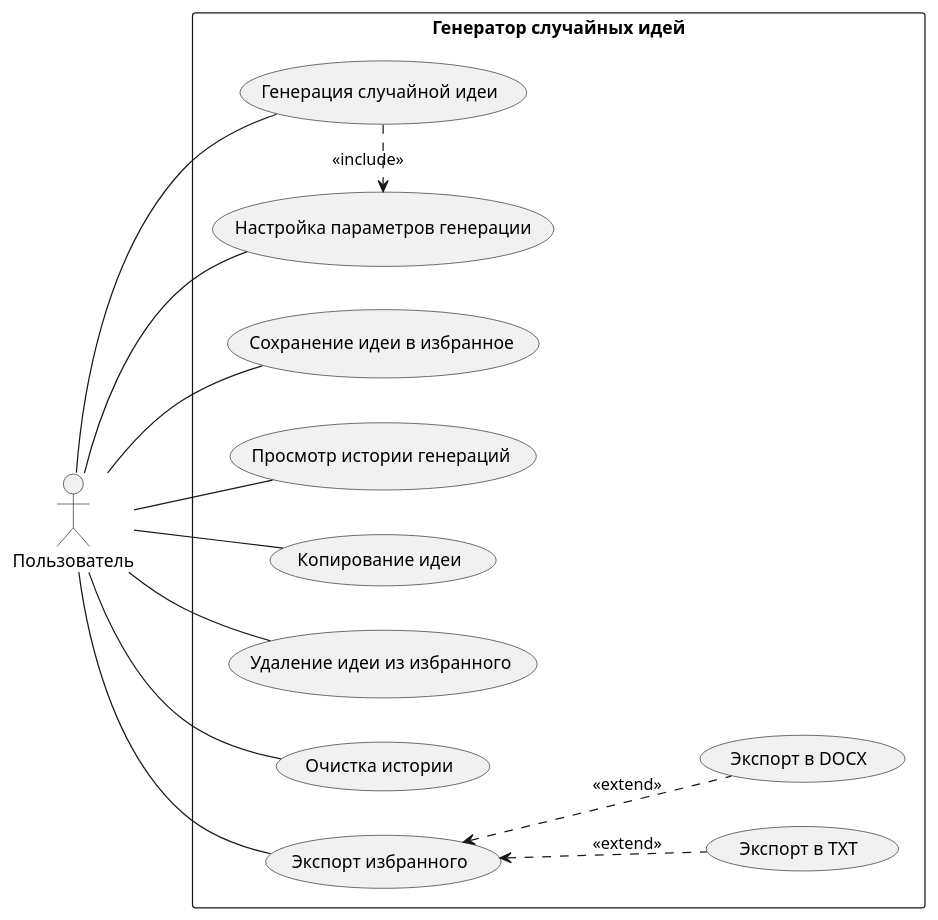
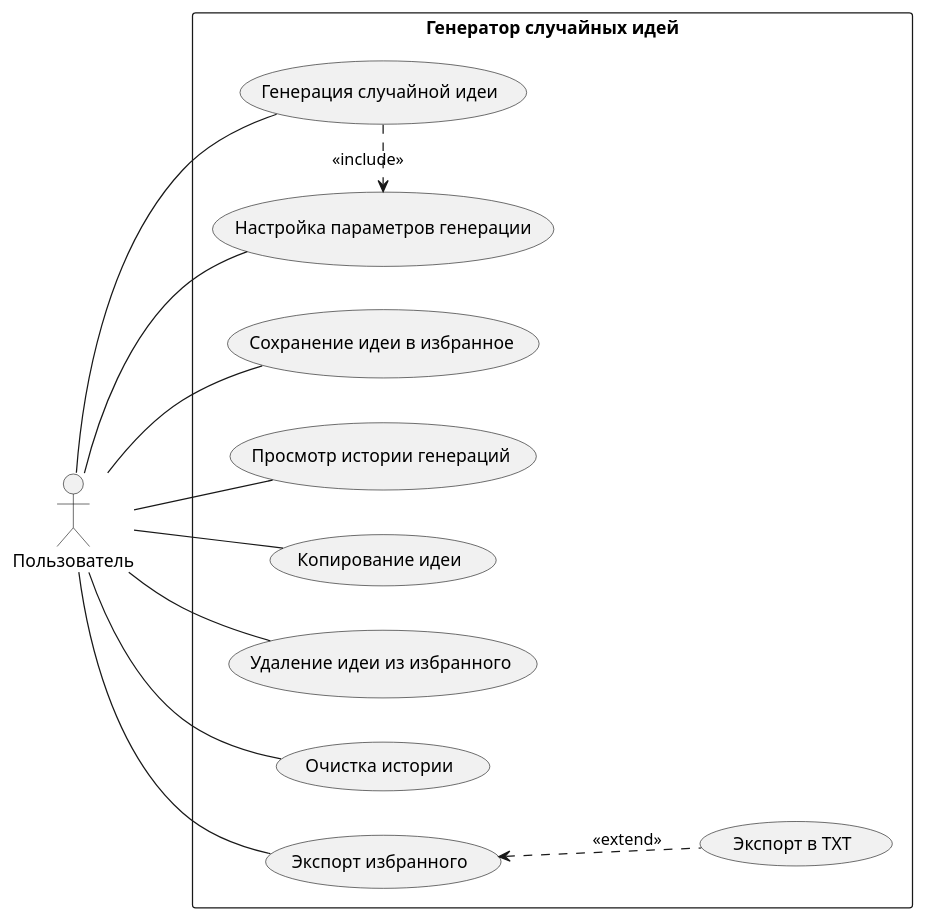
Before and after one commit to ritakurtyakova/random-idea-srs: the diagram in docs/use_case/use_case_diagram.puml, drawn with PlantUML.

```diff
--- a/docs/use_case/use_case_diagram.puml
+++ b/docs/use_case/use_case_diagram.puml
@@ -2,59 +2,56 @@
 @startuml
 
 left to right direction
 
 actor Пользователь as User
 
 rectangle "Генератор случайных идей" {
 
   usecase "Генерация случайной идеи" as Generate
 
   usecase "Настройка параметров генерации" as Settings
 
   usecase "Сохранение идеи в избранное" as Save
 
   usecase "Просмотр истории генераций" as ViewHistory
 
   usecase "Копирование идеи" as Copy
 
   usecase "Удаление идеи из избранного" as Delete
 
   usecase "Очистка истории" as ClearHistory
 
   usecase "Экспорт избранного" as Export
 
   usecase "Экспорт в TXT" as TXT
 
-  usecase "Экспорт в DOCX" as DOCX
-
   ' Include relationships
 
   Generate .> Settings : <<include>>
 
   ' Extend relationships
 
   Export <.. TXT : <<extend>>
 
-  Export <.. DOCX : <<extend>>
 
 }
 
 ' Actor associations
 
 User -- Generate
 
 User -- Settings
 
 User -- Save
 
 User -- ViewHistory
 
 User -- Copy
 
 User -- Delete
 
 User -- ClearHistory
 
 User -- Export
 
 @enduml
```
